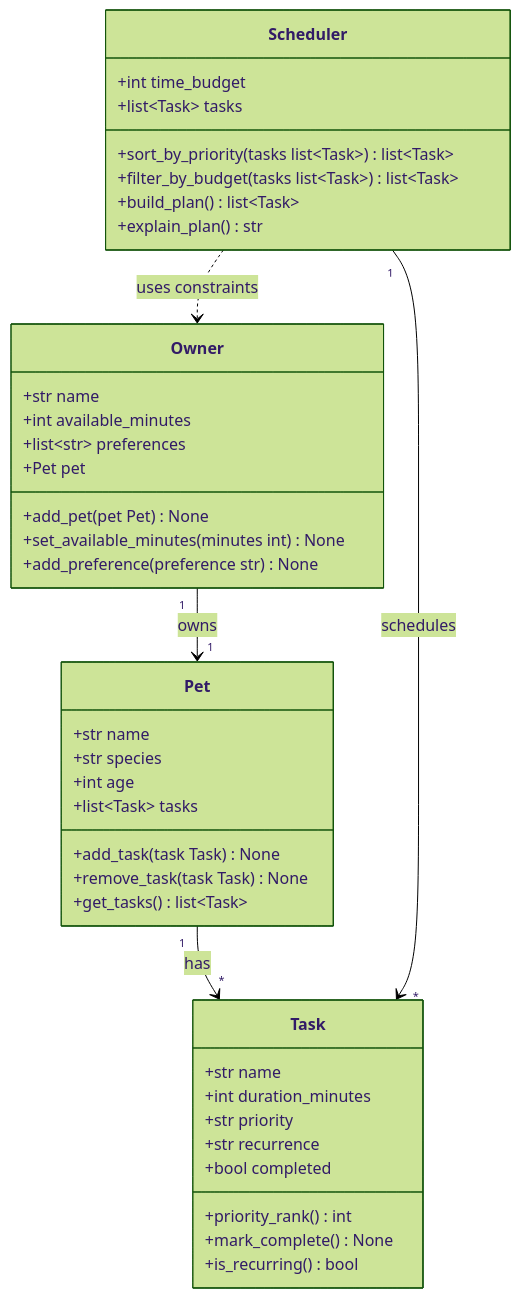
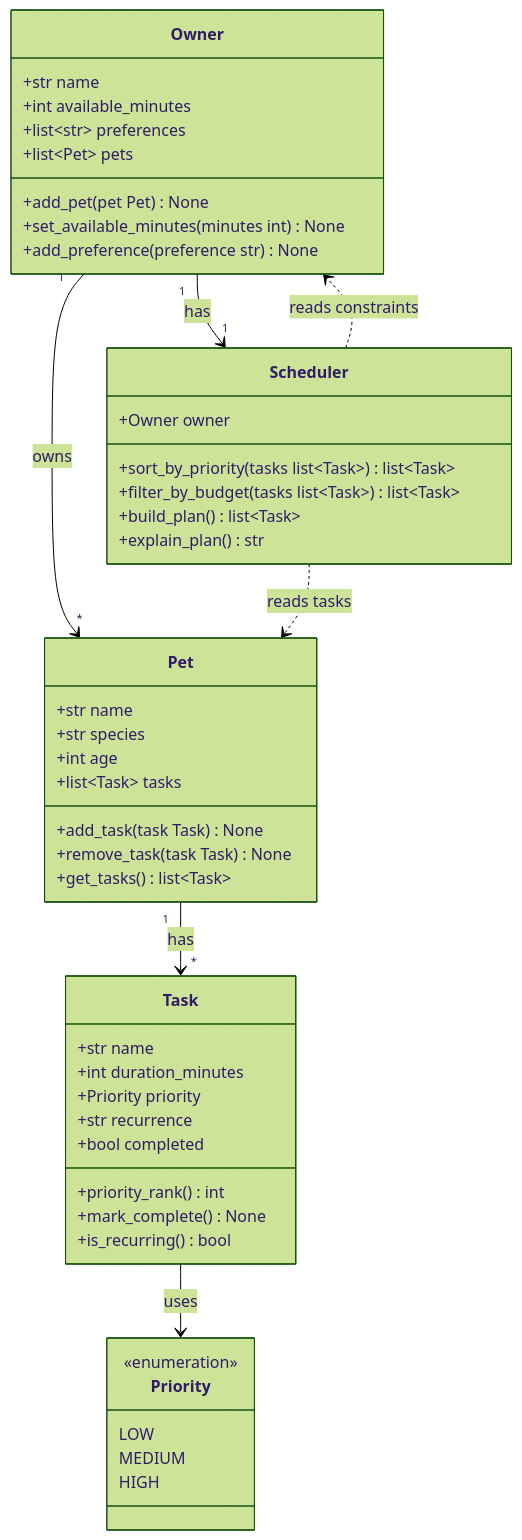
One commit to JonathanF226/ai110-module2show-pawpal-starter changed the diagram in diagrams/uml_draft.mmd. Above: the diagram before and after it, drawn with Mermaid (forest theme). The commit also changed 4 other files, not shown here.

Commit message:
Implement PawPal+ core classes (Task, Pet, Owner, Scheduler) with demo and tests

```diff
--- a/diagrams/uml_draft.mmd
+++ b/diagrams/uml_draft.mmd
@@ -1,48 +1,56 @@
 classDiagram
     %% PawPal+ — pet care planning app
     %% Owner has a Pet, a Pet has many Tasks, a Scheduler builds a daily plan.
 
     class Owner {
         +str name
         +int available_minutes
         +list~str~ preferences
-        +Pet pet
+        +list~Pet~ pets
         +add_pet(pet Pet) None
         +set_available_minutes(minutes int) None
         +add_preference(preference str) None
     }
 
     class Pet {
         +str name
         +str species
         +int age
         +list~Task~ tasks
         +add_task(task Task) None
         +remove_task(task Task) None
         +get_tasks() list~Task~
     }
 
+    class Priority {
+        <<enumeration>>
+        LOW
+        MEDIUM
+        HIGH
+    }
+
     class Task {
         +str name
         +int duration_minutes
-        +str priority
+        +Priority priority
         +str recurrence
         +bool completed
         +priority_rank() int
         +mark_complete() None
         +is_recurring() bool
     }
 
     class Scheduler {
-        +int time_budget
-        +list~Task~ tasks
+        +Owner owner
         +sort_by_priority(tasks list~Task~) list~Task~
         +filter_by_budget(tasks list~Task~) list~Task~
         +build_plan() list~Task~
         +explain_plan() str
     }
 
-    Owner "1" --> "1" Pet : owns
+    Owner "1" --> "*" Pet : owns
+    Owner "1" --> "1" Scheduler : has
     Pet "1" --> "*" Task : has
-    Scheduler "1" --> "*" Task : schedules
-    Scheduler ..> Owner : uses constraints
+    Task --> Priority : uses
+    Scheduler ..> Owner : reads constraints
+    Scheduler ..> Pet : reads tasks
```
